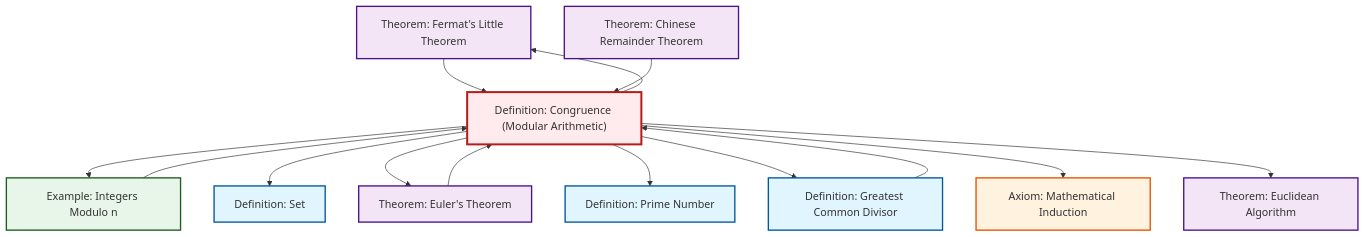
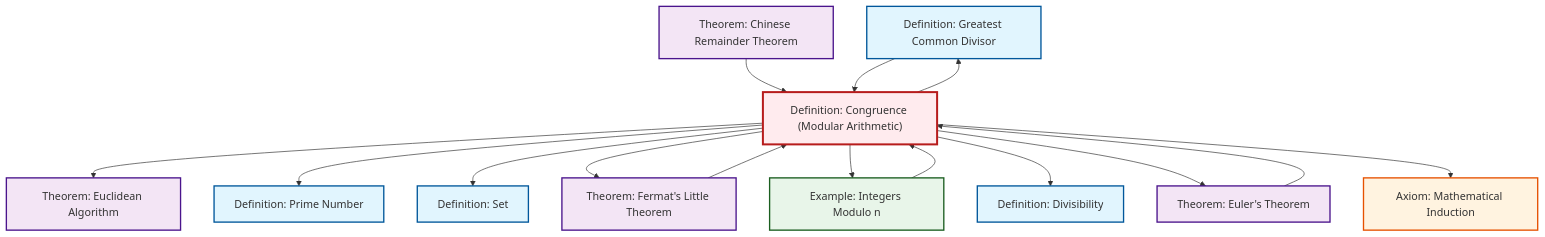
Before and after one commit to RK0429/ModernMath: the diagram in content/ja/number-theory/def-congruence.qmd, drawn with Mermaid. The commit also changed other lines of this file and 497 other files, not shown here.

````diff
--- a/content/ja/number-theory/def-congruence.qmd
+++ b/content/ja/number-theory/def-congruence.qmd
@@ -123,42 +124,45 @@
 ```{mermaid}
 %%| fig-cap: "Local dependency graph"
 graph TD
     classDef definition fill:#e1f5fe,stroke:#01579b,stroke-width:2px
     classDef theorem fill:#f3e5f5,stroke:#4a148c,stroke-width:2px
     classDef axiom fill:#fff3e0,stroke:#e65100,stroke-width:2px
     classDef example fill:#e8f5e9,stroke:#1b5e20,stroke-width:2px
     classDef current fill:#ffebee,stroke:#b71c1c,stroke-width:3px
+    def-prime["Definition: Prime Number"]:::definition
+    def-gcd["Definition: Greatest Common Divisor"]:::definition
+    ex-quotient-integers-mod-n["Example: Integers Modulo n"]:::example
+    def-set["Definition: Set"]:::definition
+    def-divisibility["Definition: Divisibility"]:::definition
+    thm-chinese-remainder["Theorem: Chinese Remainder Theorem"]:::theorem
+    ax-induction["Axiom: Mathematical Induction"]:::axiom
+    def-congruence["Definition: Congruence (Modular Arithmetic)"]:::definition
+    thm-euler["Theorem: Euler's Theorem"]:::theorem
     thm-fermat-little["Theorem: Fermat's Little Theorem"]:::theorem
-    thm-euler["Theorem: Euler's Theorem"]:::theorem
-    thm-chinese-remainder["Theorem: Chinese Remainder Theorem"]:::theorem
-    ex-quotient-integers-mod-n["Example: Integers Modulo n"]:::example
-    def-congruence["Definition: Congruence (Modular Arithmetic)"]:::definition
-    def-prime["Definition: Prime Number"]:::definition
-    def-set["Definition: Set"]:::definition
     thm-euclidean-algorithm["Theorem: Euclidean Algorithm"]:::theorem
-    def-gcd["Definition: Greatest Common Divisor"]:::definition
-    ax-induction["Axiom: Mathematical Induction"]:::axiom
+    thm-chinese-remainder --> def-congruence
+    ex-quotient-integers-mod-n --> def-congruence
+    def-congruence --> thm-euclidean-algorithm
+    def-congruence --> def-gcd
+    def-congruence --> def-prime
+    def-congruence --> def-set
+    def-congruence --> thm-fermat-little
     def-congruence --> ex-quotient-integers-mod-n
-    def-congruence --> thm-fermat-little
-    def-congruence --> def-set
+    def-congruence --> def-divisibility
+    thm-fermat-little --> def-congruence
+    def-gcd --> def-congruence
     thm-euler --> def-congruence
     def-congruence --> thm-euler
-    ex-quotient-integers-mod-n --> def-congruence
-    def-congruence --> def-prime
-    thm-fermat-little --> def-congruence
-    def-congruence --> def-gcd
     def-congruence --> ax-induction
-    def-gcd --> def-congruence
-    def-congruence --> thm-euclidean-algorithm
-    thm-chinese-remainder --> def-congruence
     class def-congruence current
+    click def-prime "def-prime.html" "Definition: Prime Numberへ"
+    click def-gcd "def-gcd.html" "Definition: Greatest Common Divisorへ"
+    click ex-quotient-integers-mod-n "ex-quotient-integers-mod-n.html" "Example: Integers Modulo nへ"
+    click def-set "def-set.html" "Definition: Setへ"
+    click def-divisibility "def-divisibility.html" "Definition: Divisibilityへ"
+    click thm-chinese-remainder "thm-chinese-remainder.html" "Theorem: Chinese Remainder Theoremへ"
+    click ax-induction "ax-induction.html" "Axiom: Mathematical Inductionへ"
+    click thm-euler "thm-euler.html" "Theorem: Euler's Theoremへ"
     click thm-fermat-little "thm-fermat-little.html" "Theorem: Fermat's Little Theoremへ"
-    click thm-euler "thm-euler.html" "Theorem: Euler's Theoremへ"
-    click thm-chinese-remainder "thm-chinese-remainder.html" "Theorem: Chinese Remainder Theoremへ"
-    click ex-quotient-integers-mod-n "ex-quotient-integers-mod-n.html" "Example: Integers Modulo nへ"
-    click def-prime "def-prime.html" "Definition: Prime Numberへ"
-    click def-set "def-set.html" "Definition: Setへ"
     click thm-euclidean-algorithm "thm-euclidean-algorithm.html" "Theorem: Euclidean Algorithmへ"
-    click def-gcd "def-gcd.html" "Definition: Greatest Common Divisorへ"
-    click ax-induction "ax-induction.html" "Axiom: Mathematical Inductionへ"
 ```
````
